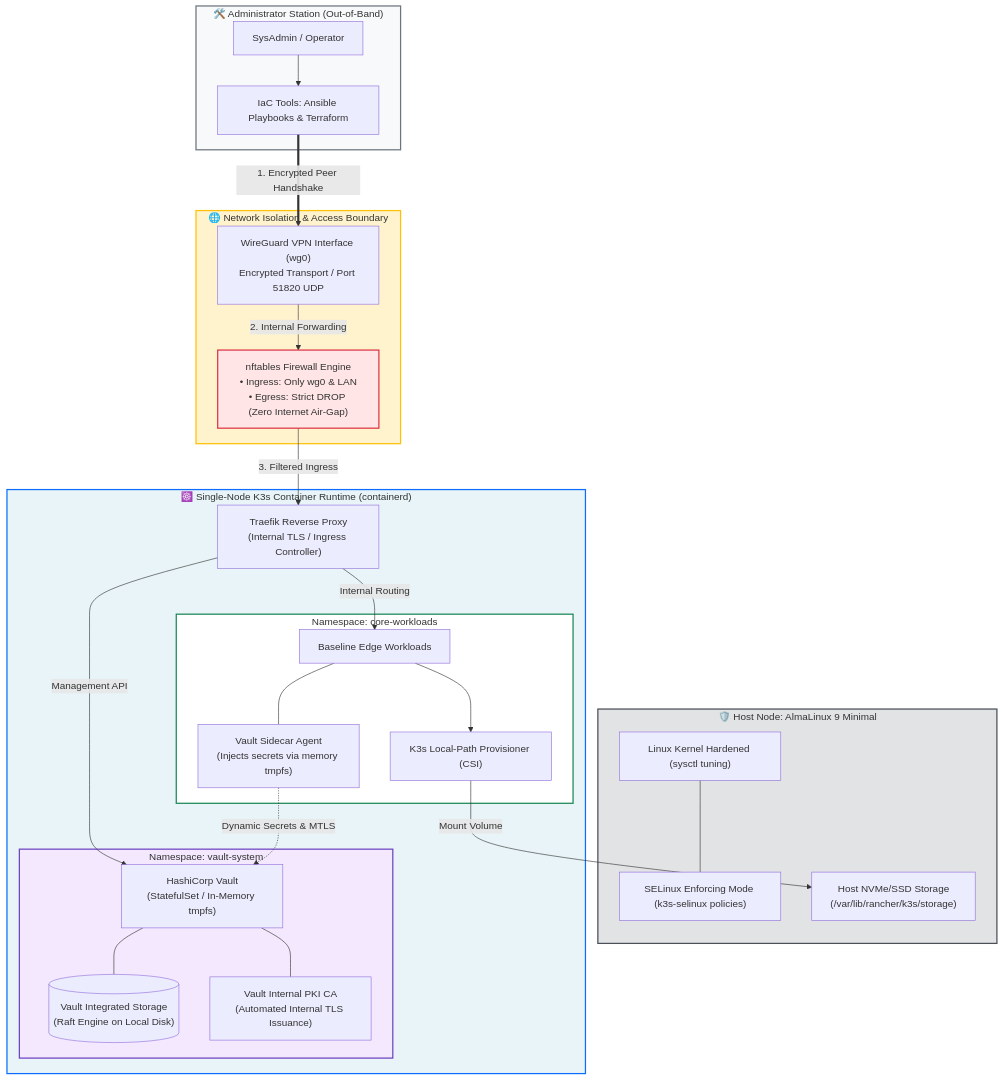
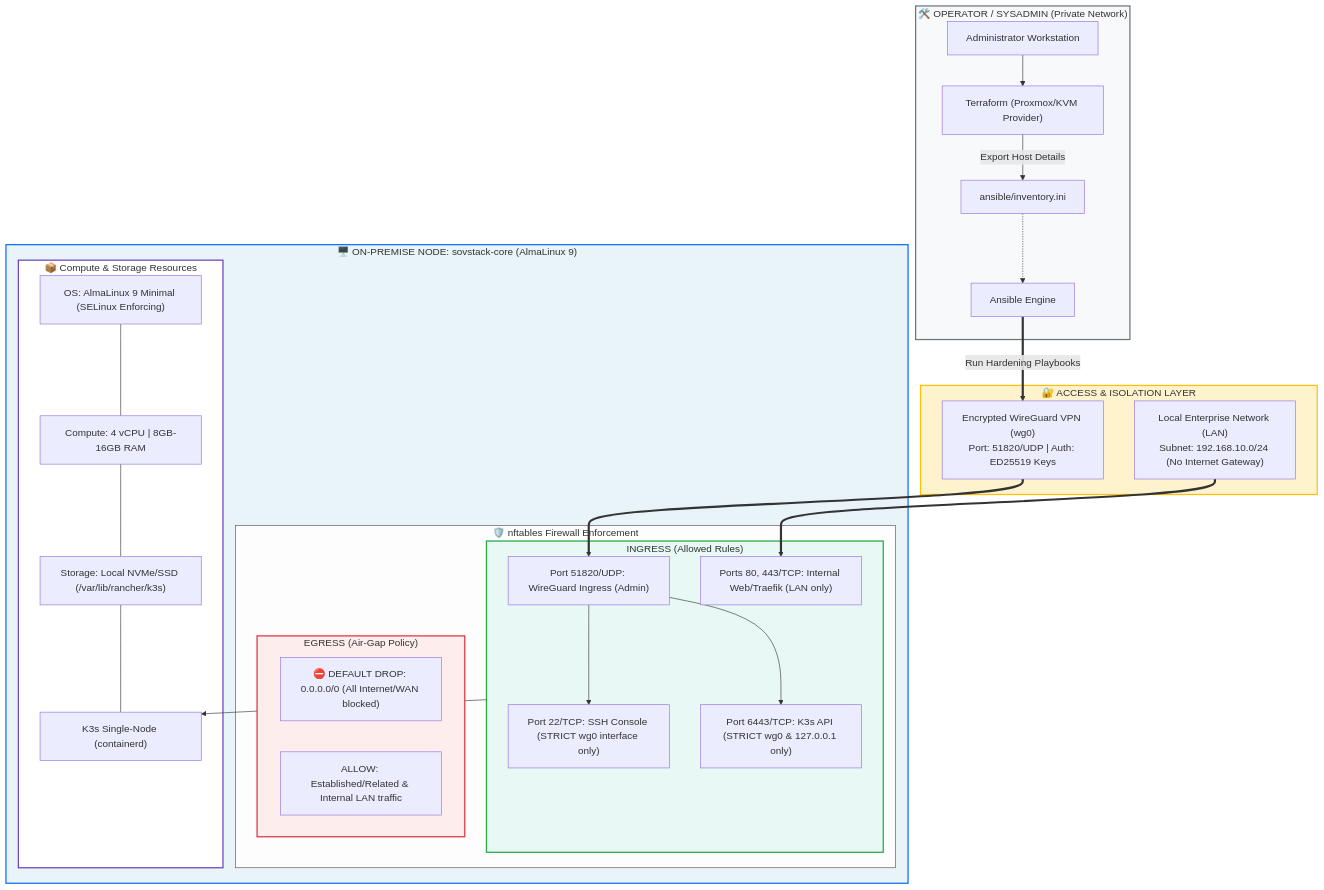
One commit to pikz-eng/sovstack-core changed the diagram in README.md. Above: the diagram before and after it, drawn with Mermaid. The commit also changed other lines of this file, not shown here.

````diff
--- a/README.md
+++ b/README.md
@@ -12,62 +11,64 @@
 ```mermaid
 flowchart TD
-    subgraph ManagementStation [" 🛠️ Administrator Station (Out-of-Band) "]
-        Admin["SysAdmin / Operator"]
-        IaC["IaC Tools: Ansible Playbooks & Terraform"]
-        Admin --> IaC
+    subgraph ManagementPlane [" 🛠️ OPERATOR / SYSADMIN (Private Network) "]
+        Admin["Administrator Workstation"]
+        Terraform["Terraform (Proxmox/KVM Provider)"]
+        Ansible["Ansible Engine"]
+        
+        Admin --> Terraform
+        Terraform -->|Export Host Details| Inventory["ansible/inventory.ini"]
+        Inventory -.-> Ansible
     end
 
-    subgraph Boundary [" 🌐 Network Isolation & Access Boundary "]
-        WG["WireGuard VPN Interface (wg0)<br>Encrypted Transport / Port 51820 UDP"]
-        NFT["nftables Firewall Engine<br>• Ingress: Only wg0 & LAN<br>• Egress: Strict DROP (Zero Internet Air-Gap)"]
+    subgraph TransportLayer [" 🔐 ACCESS & ISOLATION LAYER "]
+        WG_Tunnel["Encrypted WireGuard VPN (wg0)<br>Port: 51820/UDP | Auth: ED25519 Keys"]
+        LAN_Net["Local Enterprise Network (LAN)<br>Subnet: 192.168.10.0/24 (No Internet Gateway)"]
     end
 
-    subgraph HostOS [" 🛡️ Host Node: AlmaLinux 9 Minimal "]
-        Kernel["Linux Kernel Hardened (sysctl tuning)"]
-        SELinux["SELinux Enforcing Mode (k3s-selinux policies)"]
-        LocalStorage["Host NVMe/SSD Storage<br>(/var/lib/rancher/k3s/storage)"]
+    subgraph OnPremNode [" 🖥️ ON-PREMISE NODE: sovstack-core (AlmaLinux 9) "]
         
-        Kernel --- SELinux
+        subgraph NFTablesEngine [" 🛡️ nftables Firewall Enforcement "]
+            
+            subgraph IngressRules [" INGRESS (Allowed Rules) "]
+                In_WG["Port 51820/UDP: WireGuard Ingress (Admin)"]
+                In_SSH["Port 22/TCP: SSH Console (STRICT wg0 interface only)"]
+                In_K8s["Port 6443/TCP: K3s API (STRICT wg0 & 127.0.0.1 only)"]
+                In_Web["Ports 80, 443/TCP: Internal Web/Traefik (LAN only)"]
+            end
+
+            subgraph EgressRules [" EGRESS (Air-Gap Policy) "]
+                Out_Drop["⛔ DEFAULT DROP: 0.0.0.0/0 (All Internet/WAN blocked)"]
+                Out_Local["ALLOW: Established/Related & Internal LAN traffic"]
+            end
+        end
+
+        subgraph VMResources [" 📦 Compute & Storage Resources "]
+            NodeOS["OS: AlmaLinux 9 Minimal (SELinux Enforcing)"]
+            NodeSpecs["Compute: 4 vCPU | 8GB-16GB RAM"]
+            NodeDisk["Storage: Local NVMe/SSD (/var/lib/rancher/k3s)"]
+            K3sEngine["K3s Single-Node (containerd)"]
+            
+            NodeOS --- NodeSpecs
+            NodeSpecs --- NodeDisk
+            NodeDisk --- K3sEngine
+        end
     end
 
-    subgraph K3sCluster [" ☸️ Single-Node K3s Container Runtime (containerd) "]
-        Traefik["Traefik Reverse Proxy<br>(Internal TLS / Ingress Controller)"]
-        
-        subgraph SecNamespace [" Namespace: vault-system "]
-            Vault["HashiCorp Vault<br>(StatefulSet / In-Memory tmpfs)"]
-            VaultRaft[("Vault Integrated Storage<br>(Raft Engine on Local Disk)")]
-            VaultPKI["Vault Internal PKI CA<br>(Automated Internal TLS Issuance)"]
-            
-            Vault --- VaultRaft
-            Vault --- VaultPKI
-        end
+    %% Connections
+    Ansible ==>|Run Hardening Playbooks| WG_Tunnel
+    WG_Tunnel ==> In_WG
+    In_WG --> In_SSH
+    In_WG --> In_K8s
+    LAN_Net ==> In_Web
+    
+    IngressRules --> K3sEngine
 
-        subgraph WorkloadsNamespace [" Namespace: core-workloads "]
-            CoreApp["Baseline Edge Workloads"]
-            Injector["Vault Sidecar Agent<br>(Injects secrets via memory tmpfs)"]
-            CSI["K3s Local-Path Provisioner (CSI)"]
-            
-            CoreApp --- Injector
-            CoreApp --> CSI
-        end
-
-        Traefik -->|Internal Routing| CoreApp
-        Traefik -->|Management API| Vault
-        Injector -.->|Dynamic Secrets & MTLS| Vault
-        CSI -->|Mount Volume| LocalStorage
-    end
-
-    %% Network flows
-    IaC ==>|1. Encrypted Peer Handshake| WG
-    WG -->|2. Internal Forwarding| NFT
-    NFT -->|3. Filtered Ingress| Traefik
-
-    %% Styling for crisp visual hierarchy
-    style ManagementStation fill:#f8f9fa,stroke:#6c757d,stroke-width:2px
-    style Boundary fill:#fff3cd,stroke:#ffc107,stroke-width:2px
-    style HostOS fill:#e2e3e5,stroke:#495057,stroke-width:2px
-    style K3sCluster fill:#e8f4f8,stroke:#0d6efd,stroke-width:2px
-    style SecNamespace fill:#f3e8fd,stroke:#6f42c1,stroke-width:2px
-    style WorkloadsNamespace fill:#ffffff,stroke:#198754,stroke-width:2px
-    style NFT fill:#ffe5e5,stroke:#dc3545,stroke-width:2px
+    %% Styling
+    style ManagementPlane fill:#f8f9fa,stroke:#6c757d,stroke-width:2px
+    style TransportLayer fill:#fff3cd,stroke:#ffc107,stroke-width:2px
+    style OnPremNode fill:#e8f4f8,stroke:#0d6efd,stroke-width:2px
+    style NFTablesEngine fill:#fdfdfe,stroke:#495057,stroke-width:1px
+    style IngressRules fill:#e8f8f5,stroke:#28a745,stroke-width:2px
+    style EgressRules fill:#fdedec,stroke:#dc3545,stroke-width:2px
+    style VMResources fill:#ffffff,stroke:#6f42c1,stroke-width:2px
 ```
````
